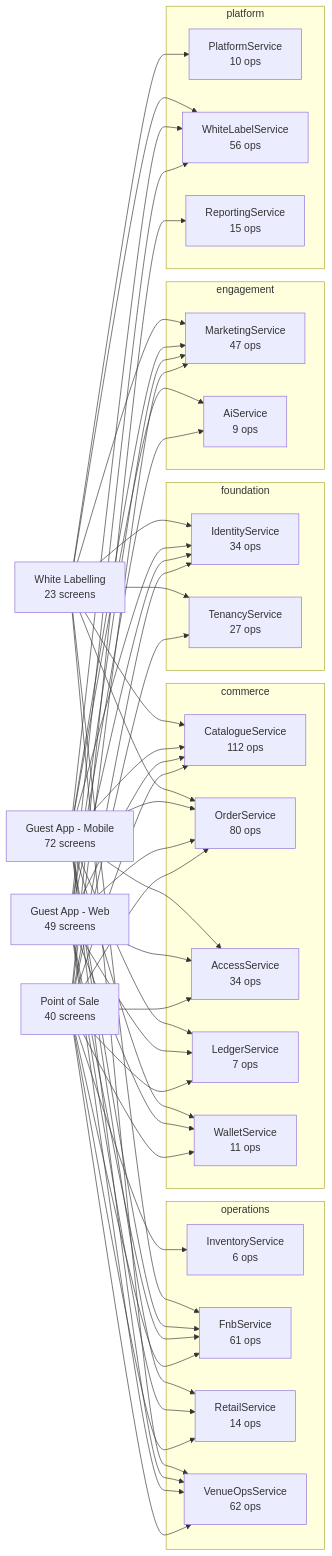
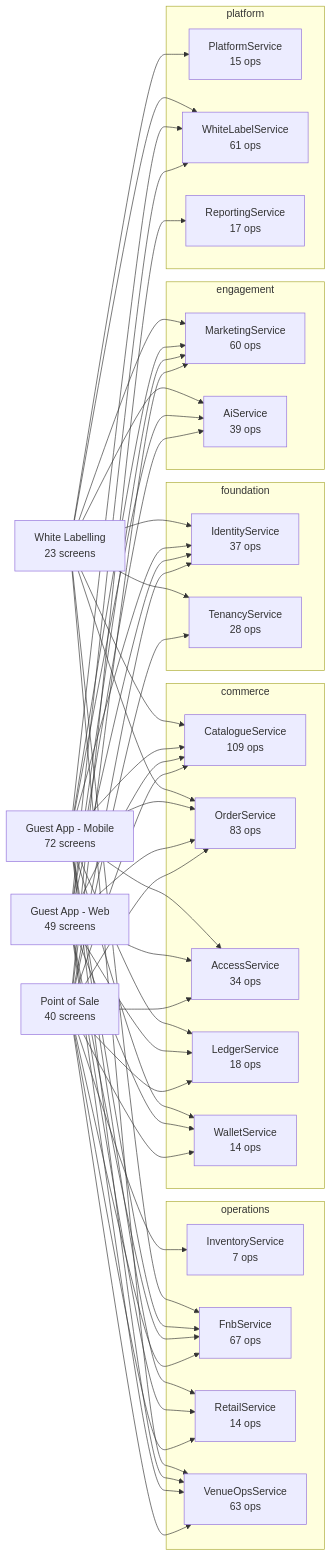
One commit to Diretide298/Solution_Architecture changed the diagram in ticvai/repos/ticvai-backend/project-bible/handoff/service-docs/README.md. Above: the diagram before and after it, drawn with Mermaid. The commit also changed other lines of this file and 2215 other files, not shown here.

````diff
--- a/ticvai/repos/ticvai-backend/project-bible/handoff/service-docs/README.md
+++ b/ticvai/repos/ticvai-backend/project-bible/handoff/service-docs/README.md
@@ -9,79 +9,80 @@
 ```mermaid
 flowchart LR
   POS["Point of Sale<br/>40 screens"]
   WEB["Guest App - Web<br/>49 screens"]
   MOB["Guest App - Mobile<br/>72 screens"]
   WL["White Labelling<br/>23 screens"]
   subgraph foundation
-    IdentityService["IdentityService<br/>34 ops"]
-    TenancyService["TenancyService<br/>27 ops"]
+    IdentityService["IdentityService<br/>37 ops"]
+    TenancyService["TenancyService<br/>28 ops"]
   end
   subgraph commerce
-    CatalogueService["CatalogueService<br/>112 ops"]
-    OrderService["OrderService<br/>80 ops"]
+    CatalogueService["CatalogueService<br/>109 ops"]
+    OrderService["OrderService<br/>83 ops"]
     AccessService["AccessService<br/>34 ops"]
-    LedgerService["LedgerService<br/>7 ops"]
-    WalletService["WalletService<br/>11 ops"]
+    LedgerService["LedgerService<br/>18 ops"]
+    WalletService["WalletService<br/>14 ops"]
   end
   subgraph operations
-    InventoryService["InventoryService<br/>6 ops"]
-    FnbService["FnbService<br/>61 ops"]
+    InventoryService["InventoryService<br/>7 ops"]
+    FnbService["FnbService<br/>67 ops"]
     RetailService["RetailService<br/>14 ops"]
-    VenueOpsService["VenueOpsService<br/>62 ops"]
+    VenueOpsService["VenueOpsService<br/>63 ops"]
   end
   subgraph engagement
-    MarketingService["MarketingService<br/>47 ops"]
-    AiService["AiService<br/>9 ops"]
+    MarketingService["MarketingService<br/>60 ops"]
+    AiService["AiService<br/>39 ops"]
   end
   subgraph platform
-    PlatformService["PlatformService<br/>10 ops"]
-    WhiteLabelService["WhiteLabelService<br/>56 ops"]
-    ReportingService["ReportingService<br/>15 ops"]
+    PlatformService["PlatformService<br/>15 ops"]
+    WhiteLabelService["WhiteLabelService<br/>61 ops"]
+    ReportingService["ReportingService<br/>17 ops"]
   end
   POS --> OrderService
   WEB --> OrderService
   MOB --> OrderService
   WL --> OrderService
   POS --> CatalogueService
   WEB --> CatalogueService
   MOB --> CatalogueService
   WL --> CatalogueService
   POS --> AccessService
   WEB --> AccessService
   MOB --> AccessService
   WL --> PlatformService
   POS --> MarketingService
   WEB --> MarketingService
   MOB --> MarketingService
   WL --> MarketingService
   POS --> TenancyService
   WL --> TenancyService
   POS --> ReportingService
   POS --> FnbService
   WEB --> FnbService
   MOB --> FnbService
   WL --> FnbService
   POS --> InventoryService
   POS --> IdentityService
   WEB --> IdentityService
   MOB --> IdentityService
   WL --> IdentityService
   WEB --> WhiteLabelService
   MOB --> WhiteLabelService
   WL --> WhiteLabelService
   POS --> VenueOpsService
   WEB --> VenueOpsService
   MOB --> VenueOpsService
   WL --> VenueOpsService
+  WEB --> AiService
+  MOB --> AiService
+  WL --> AiService
   POS --> LedgerService
   WEB --> LedgerService
   MOB --> LedgerService
-  WEB --> AiService
-  MOB --> AiService
+  POS --> RetailService
+  WEB --> RetailService
+  MOB --> RetailService
   POS --> WalletService
   WEB --> WalletService
   MOB --> WalletService
-  POS --> RetailService
-  WEB --> RetailService
-  MOB --> RetailService
 ```
````
